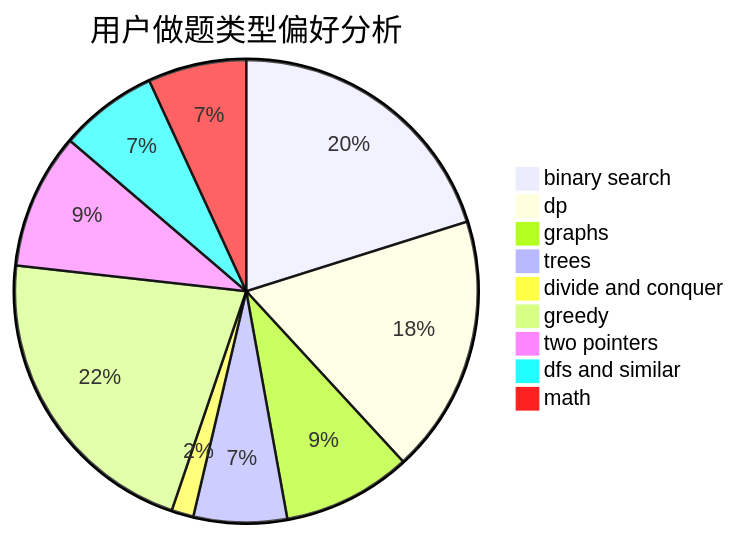
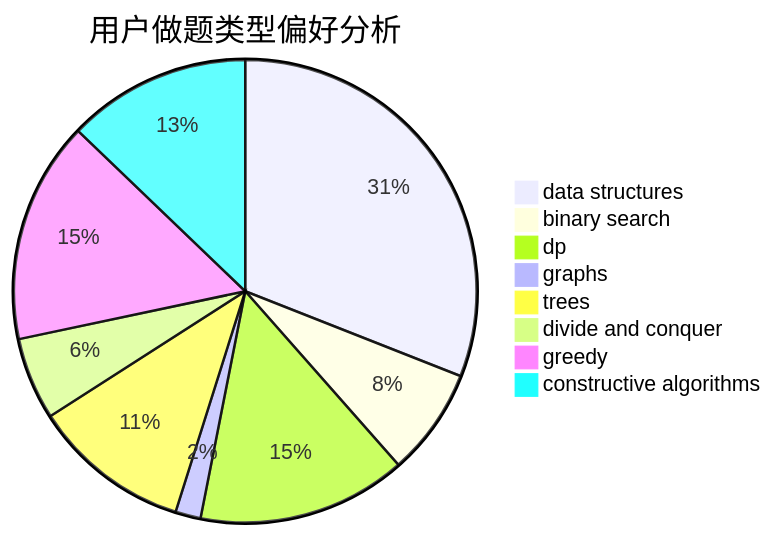
The second of 3 diagrams in docs/user/u1394.md (sherpahu/cfrs.github.io), drawn with Mermaid before and after one commit. The commit also changed other lines of this file and 2775 other files, not shown here.

````diff
--- a/docs/user/u1394.md
+++ b/docs/user/u1394.md
@@ -23,12 +23,11 @@
 ```mermaid
 pie title 用户做题类型偏好分析
-    "binary search" :  170
-    "dp" :  152
-    "graphs" :  76
-    "trees" :  55
+    "data structures" :  70
+    "binary search" :  17
+    "dp" :  33
+    "graphs" :  4
+    "trees" :  25
     "divide and conquer" :  13
-    "greedy" :  182
-    "two pointers" :  80
-    "dfs and similar" :  58
-    "math" :  58
+    "greedy" :  35
+    "constructive algorithms" :  29
 ```
````
